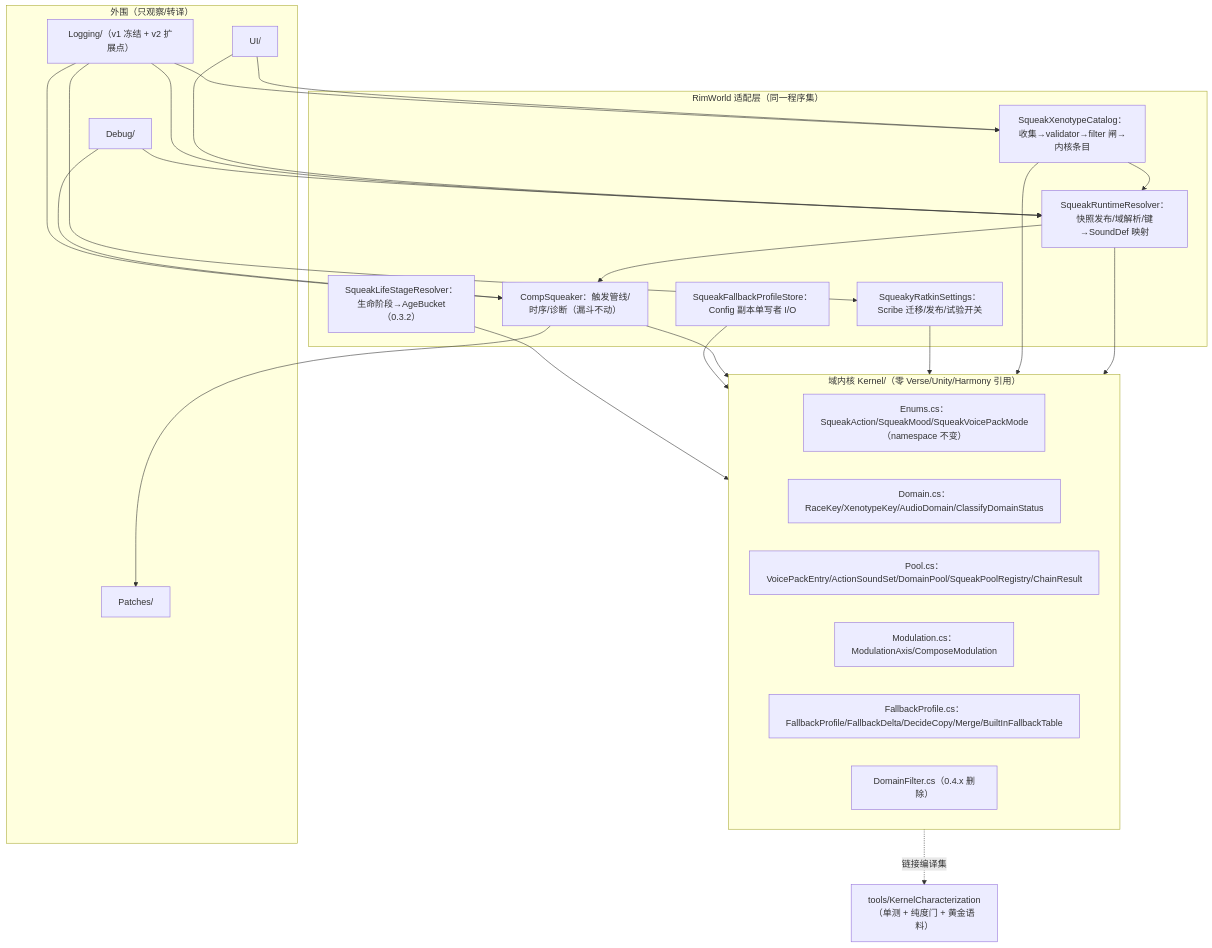
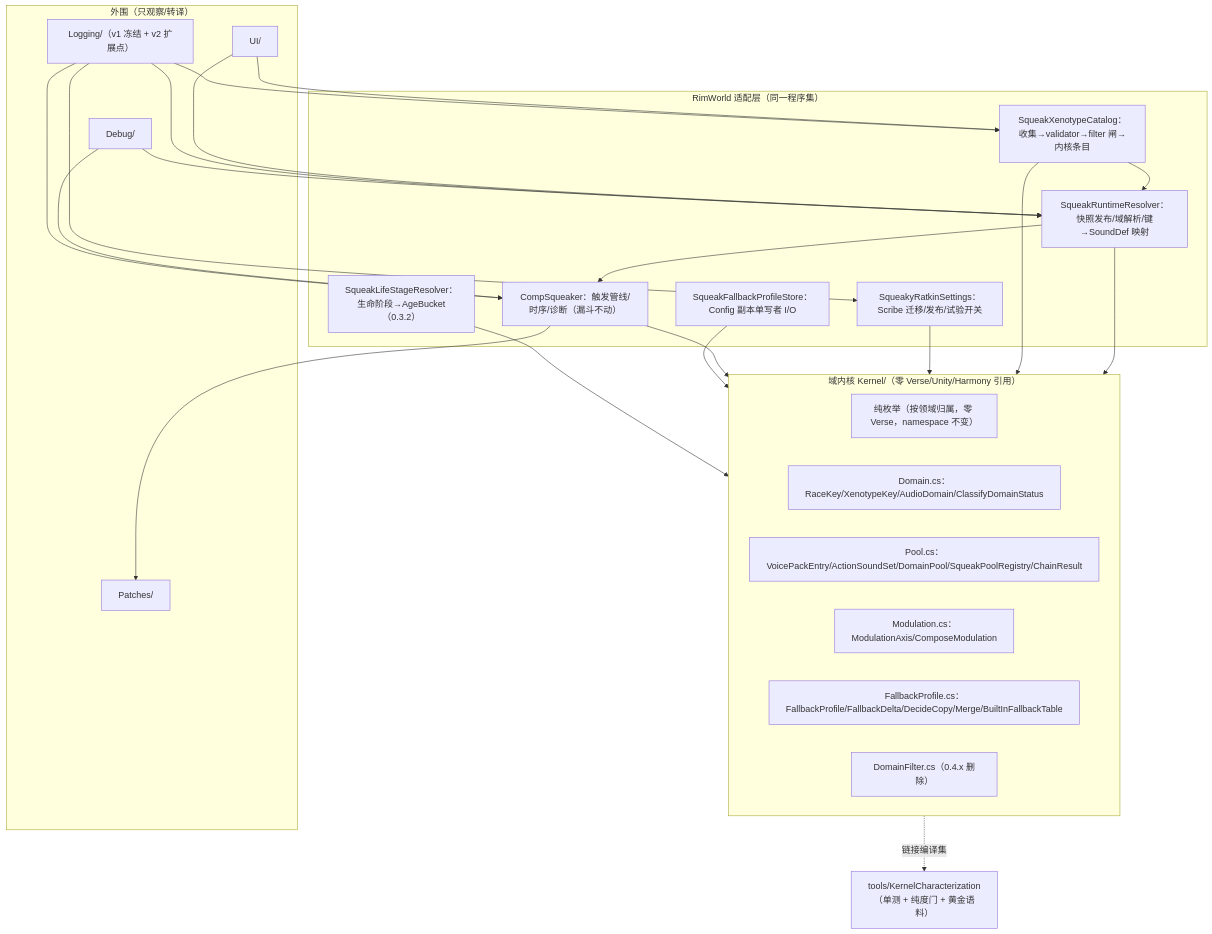
The diagram in docs/0.3x-refactor-architecture-decision-zh.md (Coahuilite/SqueakyRatkin), drawn with Mermaid before and after one commit. The commit also changed other lines of this file and 2 other files, not shown here.

Commit message:
docs: action gate controlled-open decision, player master switch, full consistency pass

````diff
--- a/docs/0.3x-refactor-architecture-decision-zh.md
+++ b/docs/0.3x-refactor-architecture-decision-zh.md
@@ -42,26 +66,26 @@
 ```mermaid
 flowchart TB
     subgraph K["域内核 Kernel/（零 Verse/Unity/Harmony 引用）"]
-        E["Enums.cs：SqueakAction/SqueakMood/SqueakVoicePackMode（namespace 不变）"]
+        E["纯枚举（按领域归属，零 Verse，namespace 不变）"]
         D["Domain.cs：RaceKey/XenotypeKey/AudioDomain/ClassifyDomainStatus"]
         P["Pool.cs：VoicePackEntry/ActionSoundSet/DomainPool/SqueakPoolRegistry/ChainResult"]
         M["Modulation.cs：ModulationAxis/ComposeModulation"]
         F["FallbackProfile.cs：FallbackProfile/FallbackDelta/DecideCopy/Merge/BuiltInFallbackTable"]
         DF["DomainFilter.cs（0.4.x 删除）"]
     end
     subgraph A1["RimWorld 适配层（同一程序集）"]
         CAT["SqueakXenotypeCatalog：收集→validator→filter 闸→内核条目"]
         RES["SqueakRuntimeResolver：快照发布/域解析/键→SoundDef 映射"]
         COMP["CompSqueaker：触发管线/时序/诊断（漏斗不动）"]
         SET["SqueakyRatkinSettings：Scribe 迁移/发布/试验开关"]
         FB["SqueakFallbackProfileStore：Config 副本单写者 I/O"]
         LS["SqueakLifeStageResolver：生命阶段→AgeBucket（0.3.2）"]
     end
     subgraph A2["外围（只观察/转译）"]
         PH["Patches/"] ; UI["UI/"] ; DBG["Debug/"] ; LG["Logging/（v1 冻结 + v2 扩展点）"]
     end
     CAT --> RES --> COMP ; COMP --> PH
     UI --> CAT & RES ; DBG --> COMP & RES ; LG --> COMP & RES & CAT & SET
     RES --> K ; CAT --> K ; SET --> K ; COMP --> K ; FB --> K ; LS --> K
     K -. 链接编译集 .-> T["tools/KernelCharacterization（单测 + 纯度门 + 黄金语料）"]
 ```
````
